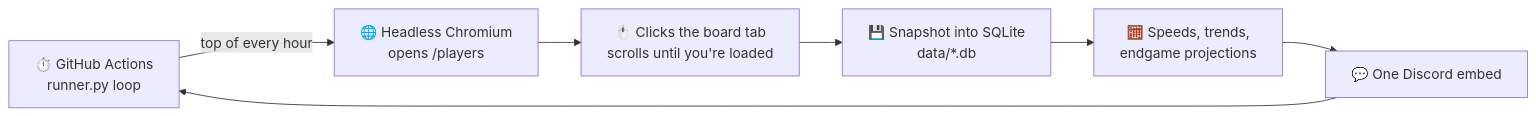
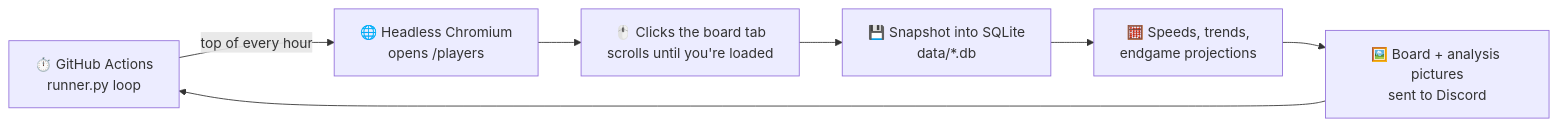
Before and after one commit to sadecebar/Leaderboard-tracker: the diagram in README.md, drawn with Mermaid. The commit also changed other lines of this file and 3 other files, not shown here.

````diff
--- a/README.md
+++ b/README.md
@@ -38,9 +57,9 @@
 ```mermaid
 flowchart LR
     A["⏱️ GitHub Actions<br/>runner.py loop"] -->|"top of every hour"| B["🌐 Headless Chromium<br/>opens /players"]
     B --> C["🖱️ Clicks the board tab<br/>scrolls until you're loaded"]
     C --> D["💾 Snapshot into SQLite<br/>data/*.db"]
     D --> E["🧮 Speeds, trends,<br/>endgame projections"]
-    E --> F["💬 One Discord embed"]
+    E --> F["🖼️ Board + analysis pictures<br/>sent to Discord"]
     F --> A
 ```
````
